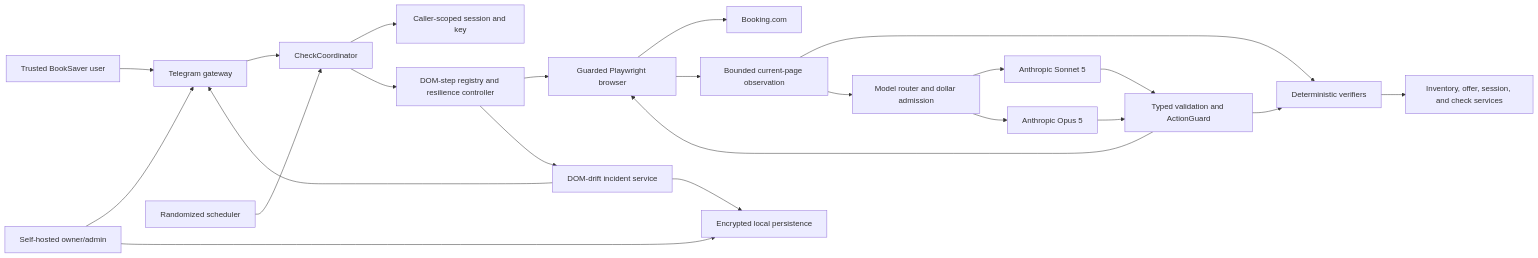
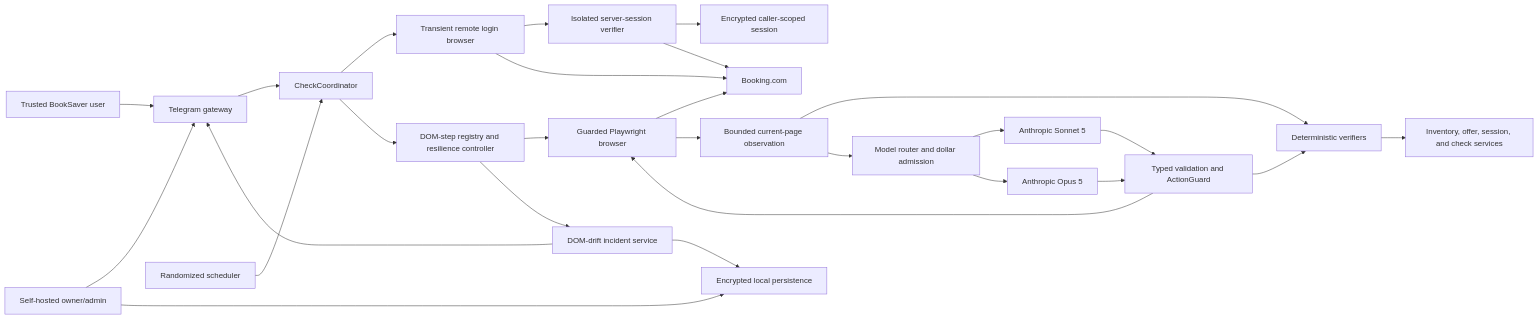
The diagram in memory-bank/intents/022-adaptive-booking-browser-resilience/system-context.md (romkagribok/booksaver-agent), drawn with Mermaid before and after one commit. The commit also changed other lines of this file and 28 other files, not shown here.

Commit message:
fix: verify remote auth from server evidence

````diff
--- a/memory-bank/intents/022-adaptive-booking-browser-resilience/system-context.md
+++ b/memory-bank/intents/022-adaptive-booking-browser-resilience/system-context.md
@@ -80,25 +84,29 @@
 ```mermaid
 flowchart LR
     User["Trusted BookSaver user"] --> Telegram["Telegram gateway"]
     Owner["Self-hosted owner/admin"] --> Telegram
     Scheduler["Randomized scheduler"] --> Coordinator["CheckCoordinator"]
     Telegram --> Coordinator
-    Coordinator --> Session["Caller-scoped session and key"]
+    Coordinator --> Login["Transient remote login browser"]
+    Login --> ServerVerify["Isolated server-session verifier"]
+    ServerVerify --> Session["Encrypted caller-scoped session"]
+    Login --> Booking
+    ServerVerify --> Booking
     Coordinator --> Registry["DOM-step registry and resilience controller"]
     Registry --> Browser["Guarded Playwright browser"]
     Browser --> Booking["Booking.com"]
     Browser --> Observe["Bounded current-page observation"]
     Observe --> Verify["Deterministic verifiers"]
     Observe --> Router["Model router and dollar admission"]
     Router --> Sonnet["Anthropic Sonnet 5"]
     Router --> Opus["Anthropic Opus 5"]
     Sonnet --> Guard["Typed validation and ActionGuard"]
     Opus --> Guard
     Guard --> Browser
     Guard --> Verify
     Verify --> Domain["Inventory, offer, session, and check services"]
     Registry --> Incident["DOM-drift incident service"]
     Incident --> Store["Encrypted local persistence"]
     Incident --> Telegram
     Owner --> Store
 ```
````
